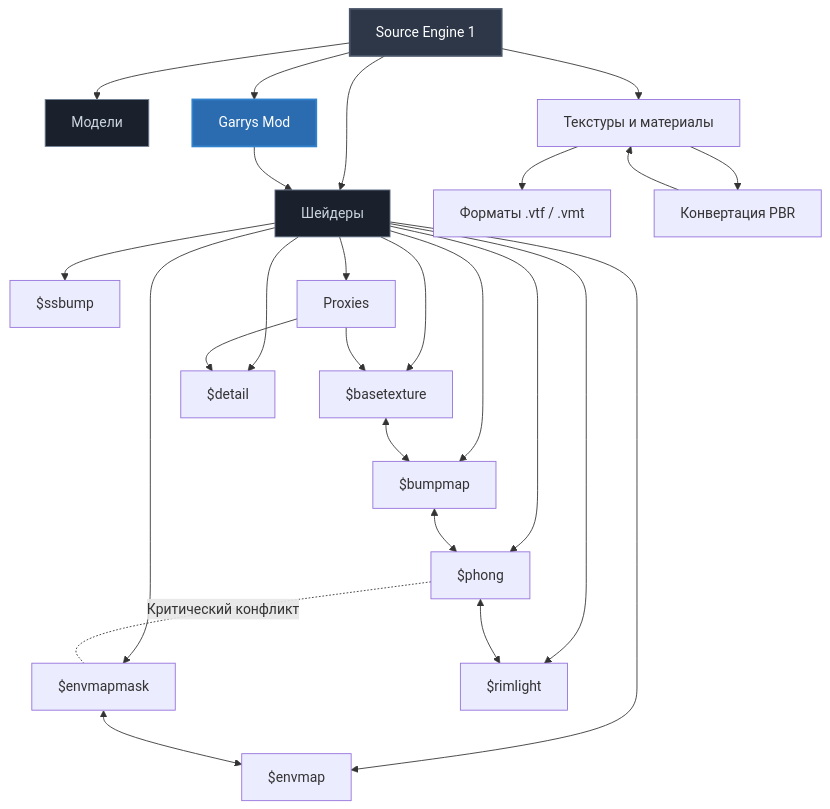
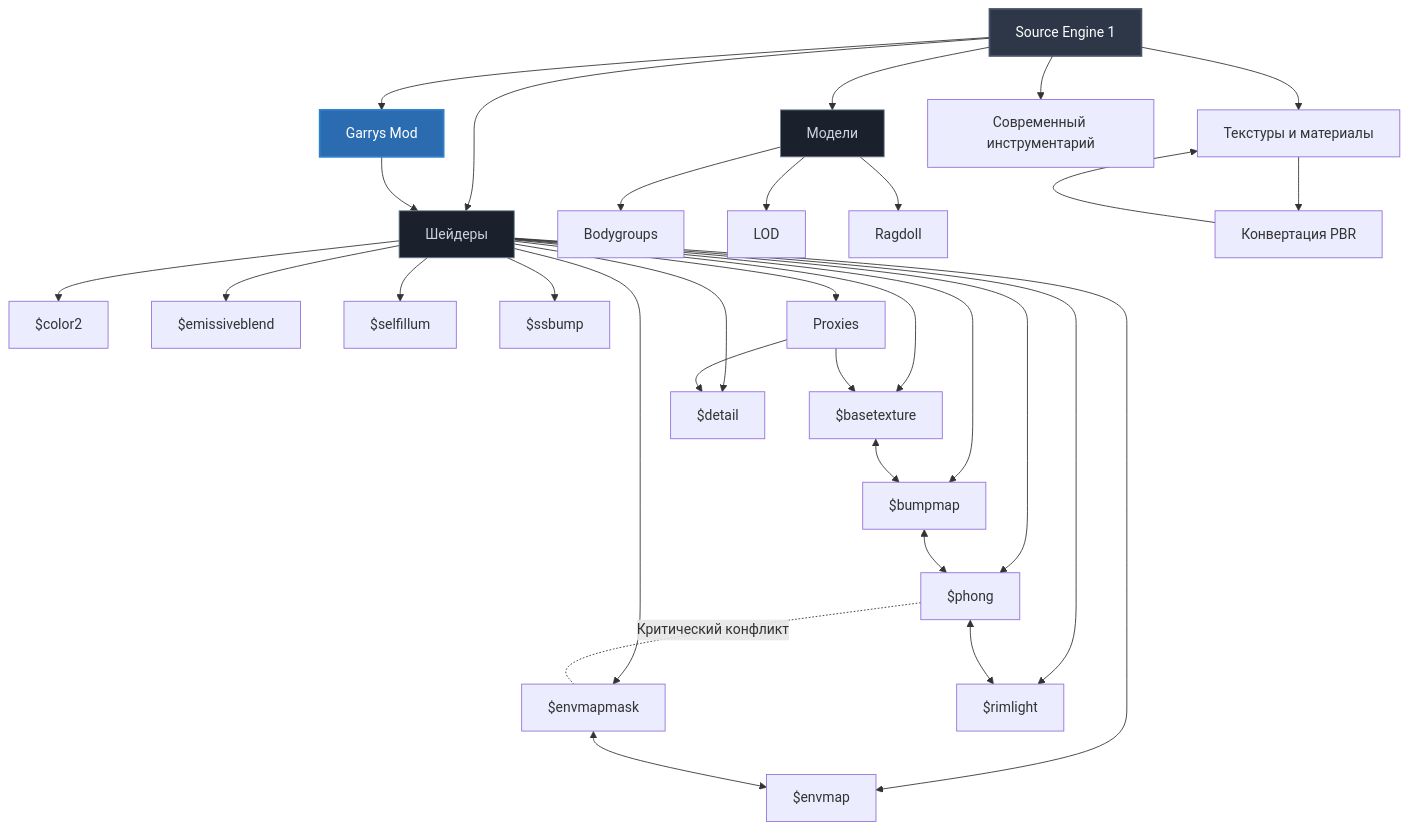
One commit to KREDOOM/Source-Engine-1 changed the diagram in README.md. Above: the diagram before and after it, drawn with Mermaid. The commit also changed other lines of this file and 57 other files, not shown here.

````diff
--- a/README.md
+++ b/README.md
@@ -13,40 +13,48 @@
 ```mermaid
 graph TD
     %% Корневые узлы движка
     SourceEngine[Source Engine 1] --> Models[Модели]
     SourceEngine --> GarrysMod[Garrys Mod]
     SourceEngine --> Shaders[Шейдеры]
     SourceEngine --> Textures[Текстуры и материалы]
+    SourceEngine --> Tools[Современный инструментарий]
+
+    %% Модели и компиляция
+    Models --> Bodygroups[Bodygroups]
+    Models --> LOD[LOD]
+    Models --> Ragdoll[Ragdoll]
 
     %% Ветвление материалов и текстур
-    Textures --> VTF_VMT[Форматы .vtf / .vmt]
     Textures --> PBR[Конвертация PBR]
+    PBR --> Textures
 
     %% Шейдерный конвейер и параметры
     Shaders --> basetexture[$basetexture]
     Shaders --> bumpmap[$bumpmap]
+    Shaders --> color2[$color2]
+    Shaders --> detail[$detail]
+    Shaders --> emissiveblend[$emissiveblend]
+    Shaders --> envmap[$envmap]
     Shaders --> envmapmask[$envmapmask]
     Shaders --> phong[$phong]
-    Shaders --> envmap[$envmap]
-    Shaders --> detail[$detail]
     Shaders --> rimlight[$rimlight]
+    Shaders --> selfillum[$selfillum]
     Shaders --> ssbump[$ssbump]
     Shaders --> Proxies[Proxies]
 
     %% Перекрестные связи параметров
     basetexture <--> bumpmap
     bumpmap <--> phong
     phong <--> rimlight
     envmapmask <--> envmap
     phong -.- |Критический конфликт| envmapmask
     Proxies --> basetexture
     Proxies --> detail
     GarrysMod --> Shaders
-    PBR --> Textures
 
     %% Стилизация узлов для читаемости
     style SourceEngine fill:#2d3748,stroke:#4a5568,stroke-width:2px,color:#fff
     style Shaders fill:#1a202c,stroke:#718096,stroke-width:1px,color:#cbd5e0
     style Models fill:#1a202c,stroke:#718096,stroke-width:1px,color:#cbd5e0
     style GarrysMod fill:#2b6cb0,stroke:#3182ce,stroke-width:2px,color:#fff
 ```
````
